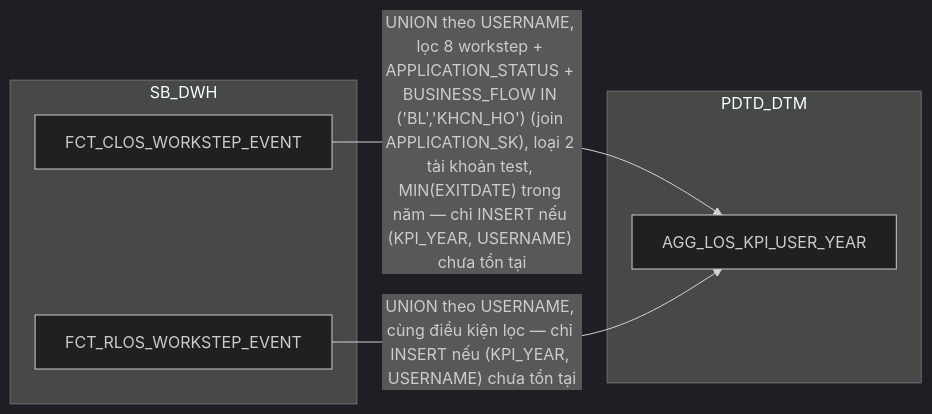
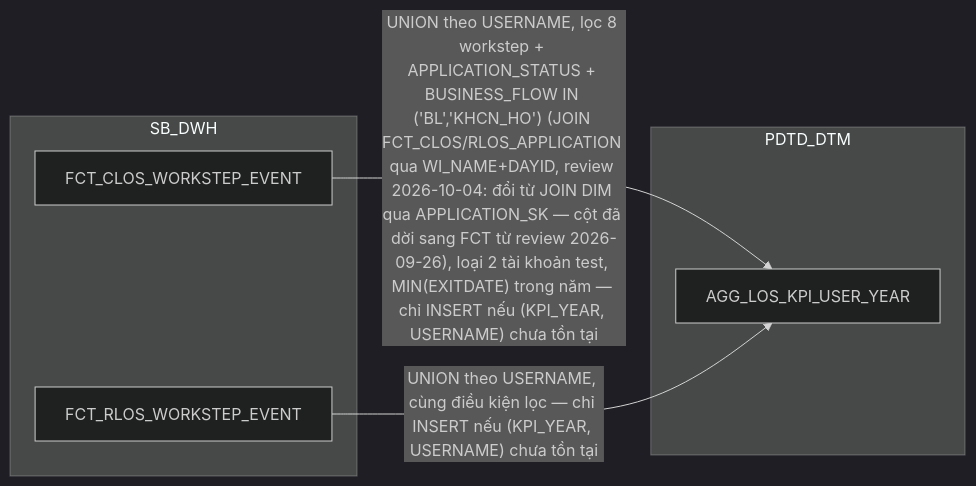
One commit to chien1198/sb-mapping-gen changed the second of 19 diagrams in hld/hld_review/HLD_FCT_PDTD_DTM_review.md. Above: the diagram before and after it, drawn with Mermaid (dark theme). The commit also changed other lines of this file and 36 other files, not shown here.

````diff
--- a/hld/hld_review/HLD_FCT_PDTD_DTM_review.md
+++ b/hld/hld_review/HLD_FCT_PDTD_DTM_review.md
@@ -87,12 +87,12 @@
 ```mermaid
 flowchart LR
     subgraph SB_DWH
         C["FCT_CLOS_WORKSTEP_EVENT"]
         D["FCT_RLOS_WORKSTEP_EVENT"]
     end
     subgraph PDTD_DTM
         E["AGG_LOS_KPI_USER_YEAR"]
     end
-    C -->|"UNION theo USERNAME, lọc 8 workstep + APPLICATION_STATUS + BUSINESS_FLOW IN ('BL','KHCN_HO') (join APPLICATION_SK), loại 2 tài khoản test, MIN(EXITDATE) trong năm — chỉ INSERT nếu (KPI_YEAR, USERNAME) chưa tồn tại"| E
+    C -->|"UNION theo USERNAME, lọc 8 workstep + APPLICATION_STATUS + BUSINESS_FLOW IN ('BL','KHCN_HO') (JOIN FCT_CLOS/RLOS_APPLICATION qua WI_NAME+DAYID, review 2026-10-04: đổi từ JOIN DIM qua APPLICATION_SK — cột đã dời sang FCT từ review 2026-09-26), loại 2 tài khoản test, MIN(EXITDATE) trong năm — chỉ INSERT nếu (KPI_YEAR, USERNAME) chưa tồn tại"| E
     D -->|"UNION theo USERNAME, cùng điều kiện lọc — chỉ INSERT nếu (KPI_YEAR, USERNAME) chưa tồn tại"| E
 ```
````
